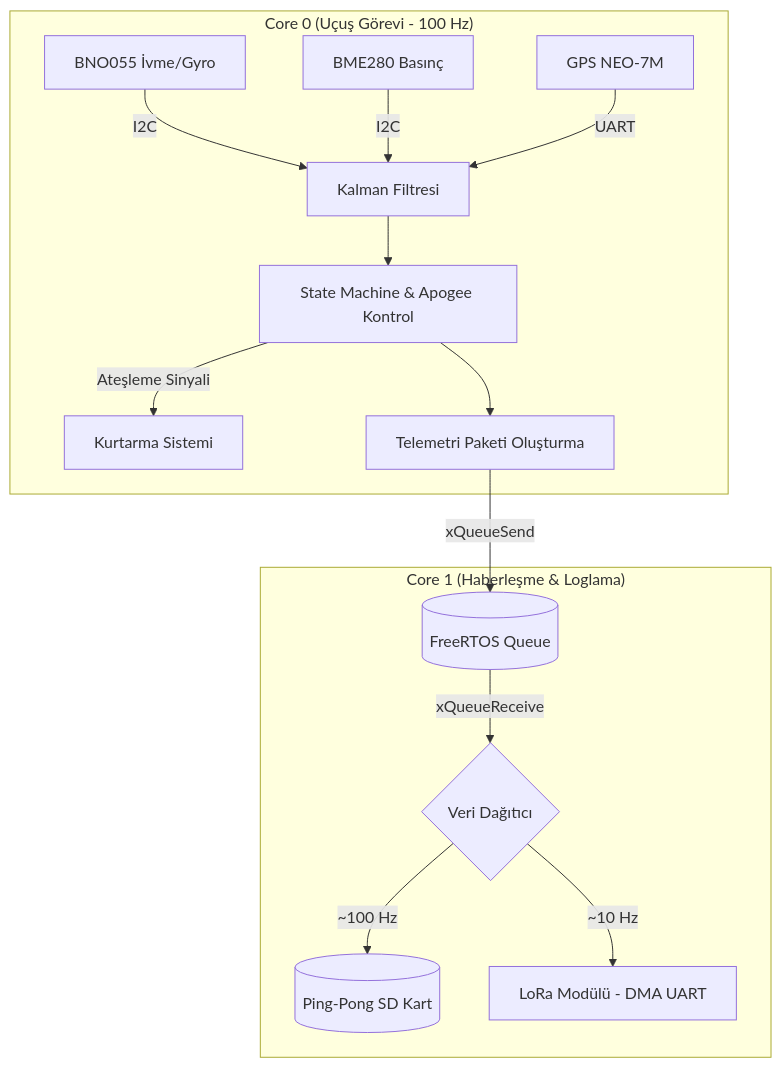
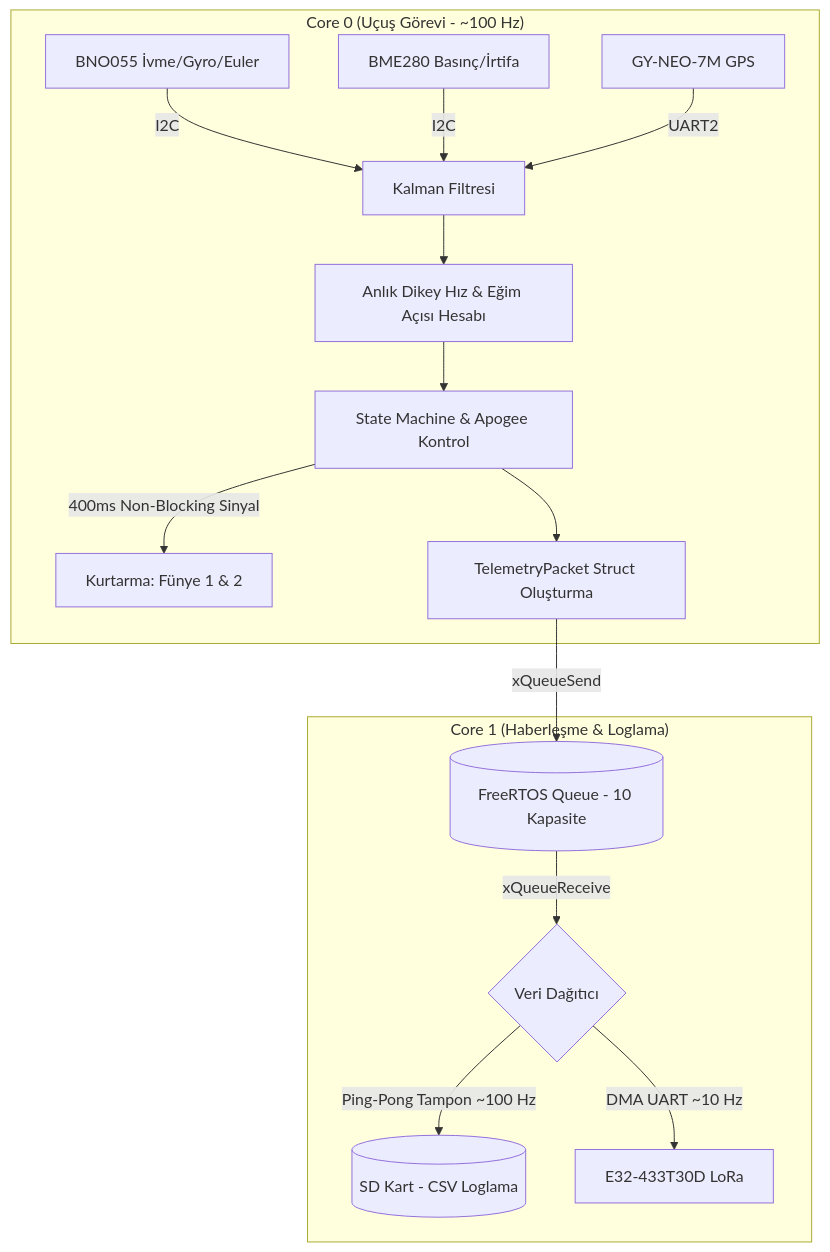
Before and after one commit to RaX0r39/UcusYazilimi2026: the first of 2 diagrams in README.md, drawn with Mermaid. The commit also changed other lines of this file, not shown here.

````diff
--- a/README.md
+++ b/README.md
@@ -18,20 +33,21 @@
 ```mermaid
 graph TD
-    subgraph "Core 0 (Uçuş Görevi - 100 Hz)"
-        S1[BNO055 İvme/Gyro] --> |I2C| K1[Kalman Filtresi]
-        S2[BME280 Basınç] --> |I2C| K1
-        S3[GPS NEO-7M] --> |UART| K1
+    subgraph "Core 0 (Uçuş Görevi - ~100 Hz)"
+        S1[BNO055 İvme/Gyro/Euler] --> |I2C| K1[Kalman Filtresi]
+        S2[BME280 Basınç/İrtifa] --> |I2C| K1
+        S3[GY-NEO-7M GPS] --> |UART2| K1
         
-        K1 --> SM[State Machine & Apogee Kontrol]
-        SM --> |Ateşleme Sinyali| R[Kurtarma Sistemi]
-        SM --> P[Telemetri Paketi Oluşturma]
+        K1 --> CALC[Anlık Dikey Hız & Eğim Açısı Hesabı]
+        CALC --> SM[State Machine & Apogee Kontrol]
+        SM --> |400ms Non-Blocking Sinyal| R[Kurtarma: Fünye 1 & 2]
+        SM --> P[TelemetryPacket Struct Oluşturma]
     end
 
     subgraph "Core 1 (Haberleşme & Loglama)"
         Q --> |xQueueReceive| D{Veri Dağıtıcı}
-        D --> |~100 Hz| SD[(Ping-Pong SD Kart)]
-        D --> |~10 Hz| LR[LoRa Modülü - DMA UART]
+        D --> |Ping-Pong Tampon ~100 Hz| SD[(SD Kart - CSV Loglama)]
+        D --> |DMA UART ~10 Hz| LR[E32-433T30D LoRa]
     end
 
-    P -->|xQueueSend| Q[(FreeRTOS Queue)]
+    P -->|xQueueSend| Q[(FreeRTOS Queue - 10 Kapasite)]
 ```
````
